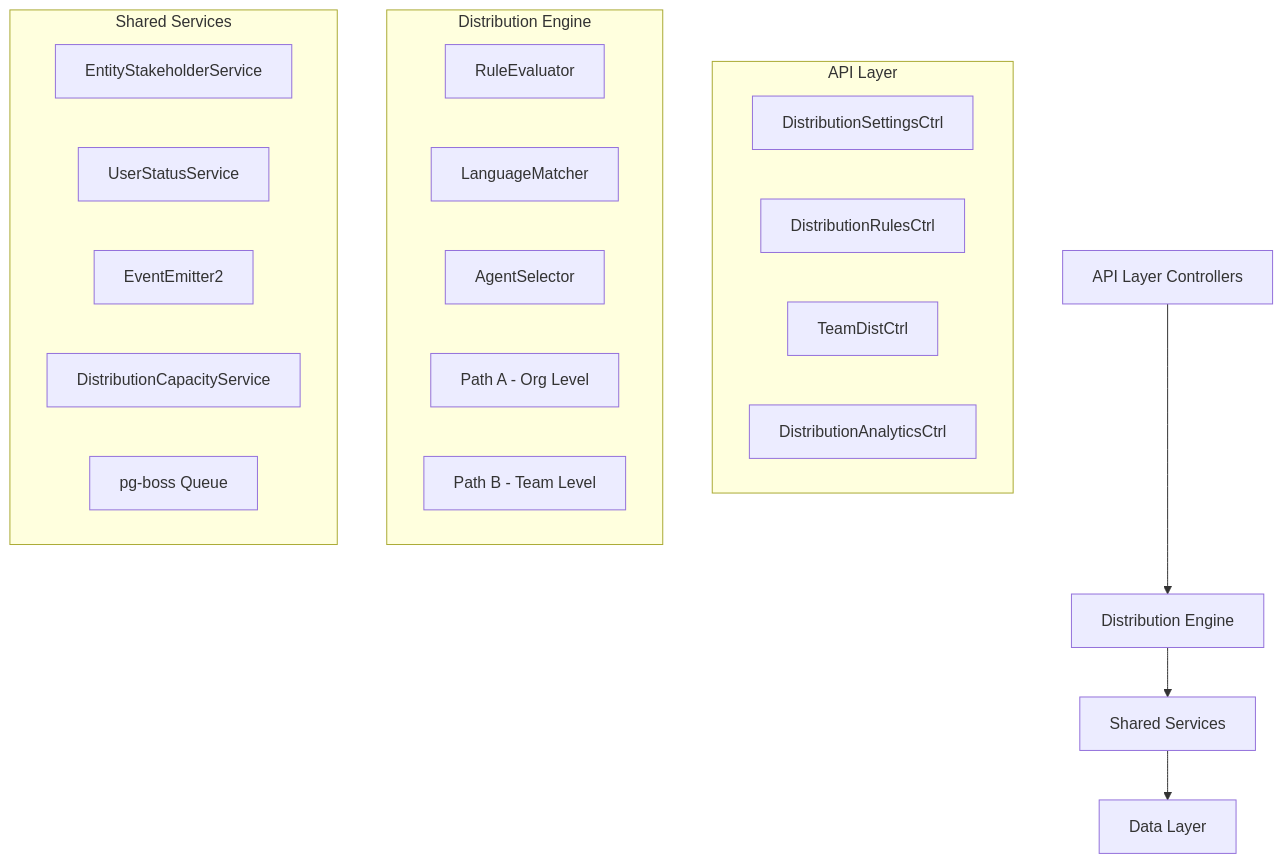
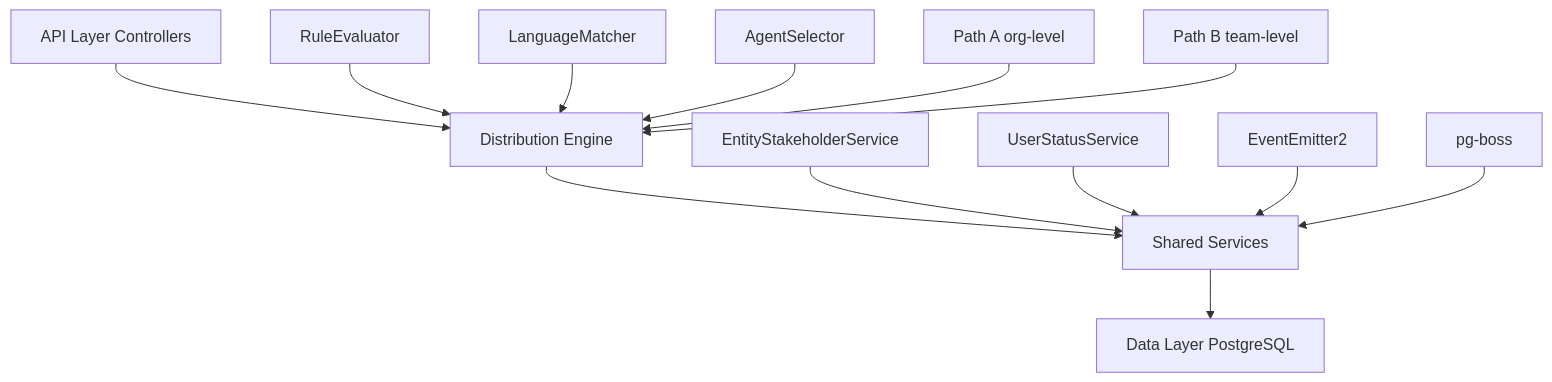
One commit to tech-propwise-org/docs changed the diagram in backend/crm/distribution-module-specification-final.mdx. Above: the diagram before and after it, drawn with Mermaid. The commit also changed other lines of this file and 42 other files, not shown here.

````diff
--- a/backend/crm/distribution-module-specification-final.mdx
+++ b/backend/crm/distribution-module-specification-final.mdx
@@ -57,29 +73,17 @@
 ```mermaid
-graph TB
+graph TD
     A[API Layer Controllers] --> B[Distribution Engine]
     B --> C[Shared Services]
-    C --> D[Data Layer]
+    C --> D[Data Layer PostgreSQL]
     
-    subgraph API["API Layer"]
-        A1[DistributionSettingsCtrl]
-        A2[DistributionRulesCtrl]
-        A3[TeamDistCtrl]
-        A4[DistributionAnalyticsCtrl]
-    end
+    B1[RuleEvaluator] --> B
+    B2[LanguageMatcher] --> B
+    B3[AgentSelector] --> B
+    B4[Path A org-level] --> B
+    B5[Path B team-level] --> B
     
-    subgraph Engine["Distribution Engine"]
-        B1[RuleEvaluator]
-        B2[LanguageMatcher]
-        B3[AgentSelector]
-        B4[Path A - Org Level]
-        B5[Path B - Team Level]
-    end
-    
-    subgraph Services["Shared Services"]
-        C1[EntityStakeholderService]
-        C2[UserStatusService]
-        C3[EventEmitter2]
-        C4[DistributionCapacityService]
-        C5[pg-boss Queue]
-    end
+    C1[EntityStakeholderService] --> C
+    C2[UserStatusService] --> C
+    C3[EventEmitter2] --> C
+    C4[pg-boss] --> C
 ```
````
